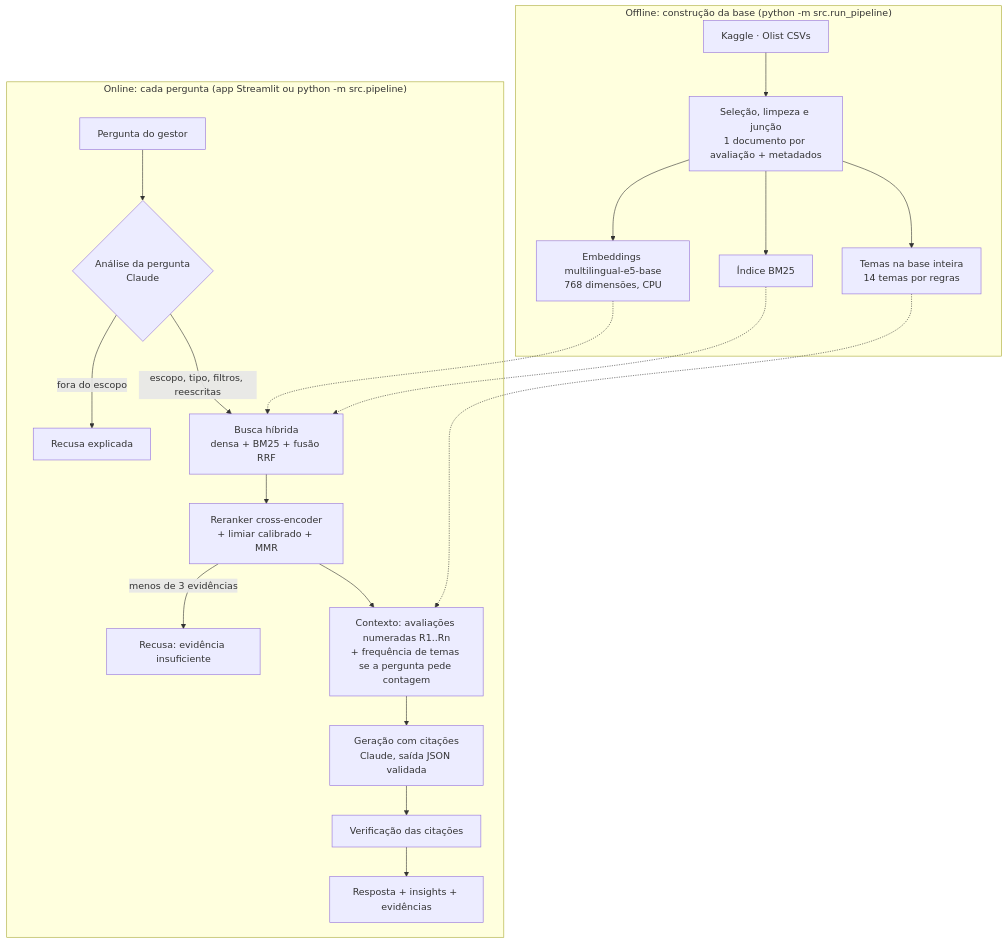
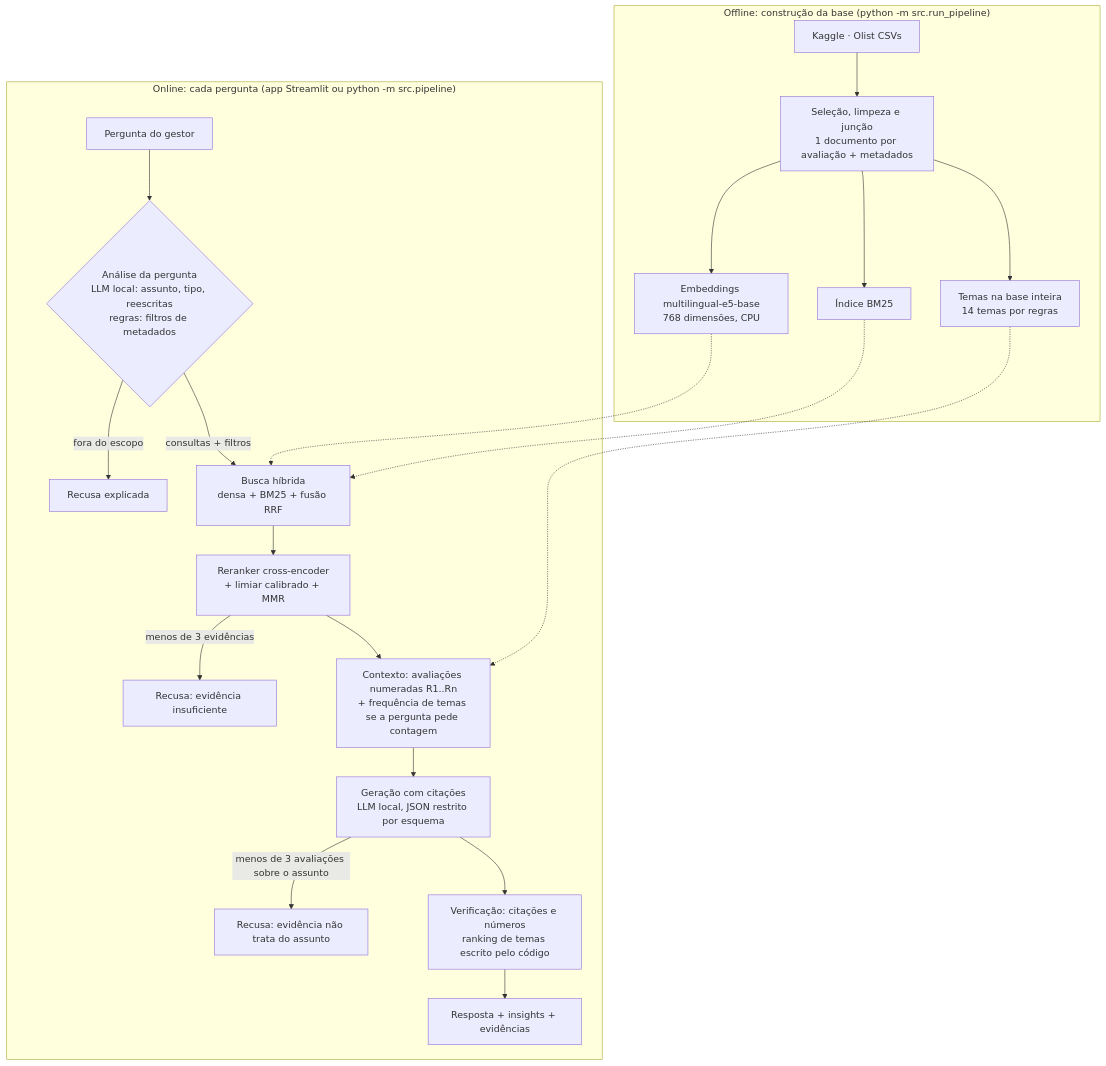
One commit to leonardoaz98/tech-challenge-fase4 changed the diagram in README.md. Above: the diagram before and after it, drawn with Mermaid. The commit also changed other lines of this file and 17 other files, not shown here.

First line of the commit message:
feat: LLM local com Ollama (Qwen2.5 7B) no lugar da API paga

````diff
--- a/README.md
+++ b/README.md
@@ -40,23 +40,24 @@
 ```mermaid
 flowchart TB
     subgraph OFF["Offline: construção da base (python -m src.run_pipeline)"]
         K[Kaggle · Olist CSVs] --> P[Seleção, limpeza e junção<br/>1 documento por avaliação + metadados]
         P --> T[Temas na base inteira<br/>14 temas por regras]
         P --> E[Embeddings multilingual-e5-base<br/>768 dimensões, CPU]
         P --> B[Índice BM25]
     end
     subgraph ON["Online: cada pergunta (app Streamlit ou python -m src.pipeline)"]
-        Q[Pergunta do gestor] --> A{Análise da pergunta<br/>Claude}
+        Q[Pergunta do gestor] --> A{Análise da pergunta<br/>LLM local: assunto, tipo, reescritas<br/>regras: filtros de metadados}
         A -- fora do escopo --> R1[Recusa explicada]
-        A -- escopo, tipo, filtros, reescritas --> H[Busca híbrida<br/>densa + BM25 + fusão RRF]
+        A -- consultas + filtros --> H[Busca híbrida<br/>densa + BM25 + fusão RRF]
         H --> RR[Reranker cross-encoder<br/>+ limiar calibrado + MMR]
         RR -- menos de 3 evidências --> R2[Recusa: evidência insuficiente]
         RR --> C[Contexto: avaliações numeradas R1..Rn<br/>+ frequência de temas se a pergunta pede contagem]
-        C --> G[Geração com citações<br/>Claude, saída JSON validada]
-        G --> V[Verificação das citações]
+        C --> G[Geração com citações<br/>LLM local, JSON restrito por esquema]
+        G -- menos de 3 avaliações sobre o assunto --> R3[Recusa: evidência não trata do assunto]
+        G --> V[Verificação: citações e números<br/>ranking de temas escrito pelo código]
         V --> S[Resposta + insights + evidências]
     end
     E -.-> H
     B -.-> H
     T -.-> C
 ```
````
